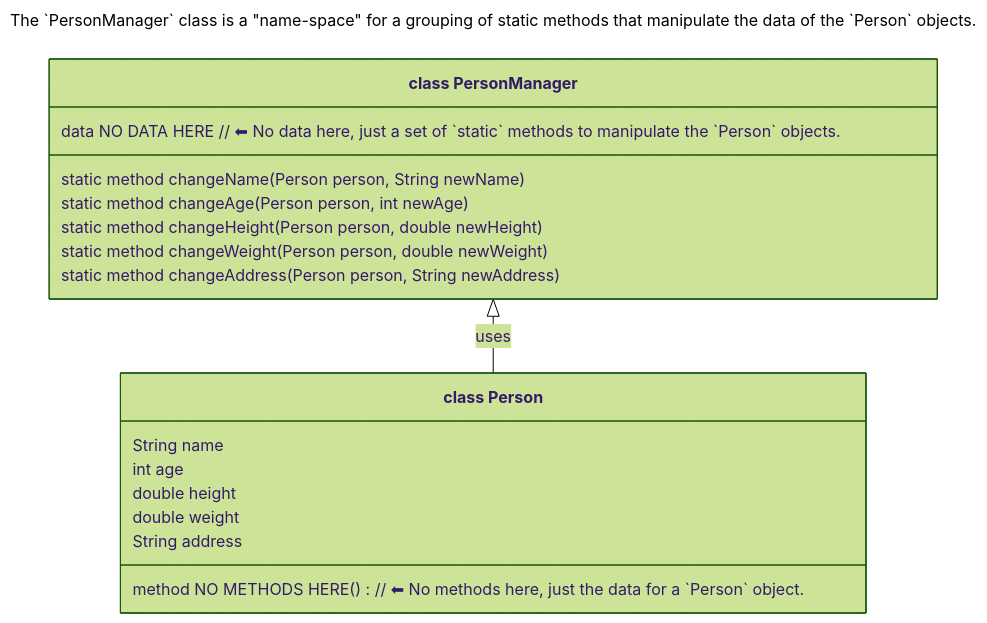
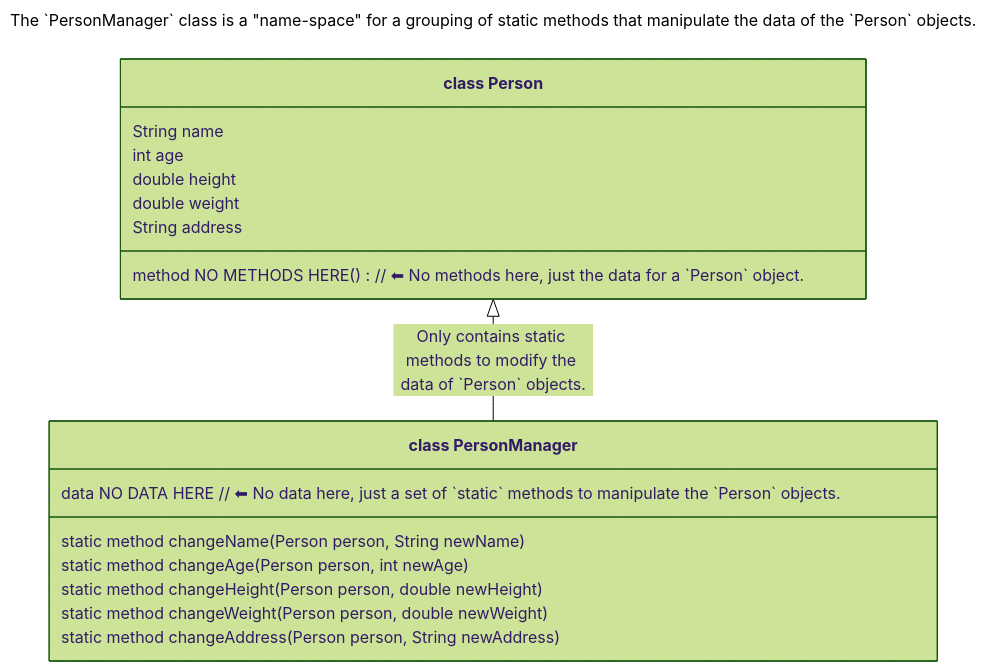
One commit to realityexpander/How_to_program_from_ground_up changed the second of 7 diagrams in 09-ClassOrientedProgramming.md. Above: the diagram before and after it, drawn with Mermaid (forest theme). The commit also changed other lines of this file, not shown here.

Commit message:
improve static diagrams

````diff
--- a/09-ClassOrientedProgramming.md
+++ b/09-ClassOrientedProgramming.md
@@ -211,29 +211,29 @@
     ```mermaid
     ---
     title: The `PersonManager` class is a "name-space" for a grouping of static methods that manipulate the data of the `Person` objects.
     ---
     classDiagram
     direction TB 
   
-    PersonManager <|-- Person : uses
+    Person <|-- PersonManager: Only contains static methods to modify the data of `Person` objects.
     
     class PersonManager["class PersonManager"] {
        data NO DATA HERE // ⬅︎ No data here, just a set of `static` methods to manipulate the `Person` objects. 
     
        static method changeName(Person person, String newName)
        static method changeAge(Person person, int newAge)
        static method changeHeight(Person person, double newHeight)
        static method changeWeight(Person person, double newWeight)
        static method changeAddress(Person person, String newAddress)
     }
     
     class Person["class Person"] { 
        String name
        int age
        double height
        double weight
        String address
     
        method NO METHODS HERE()  // ⬅︎ No methods here, just the data for a `Person` object.
     }
     ```
````
